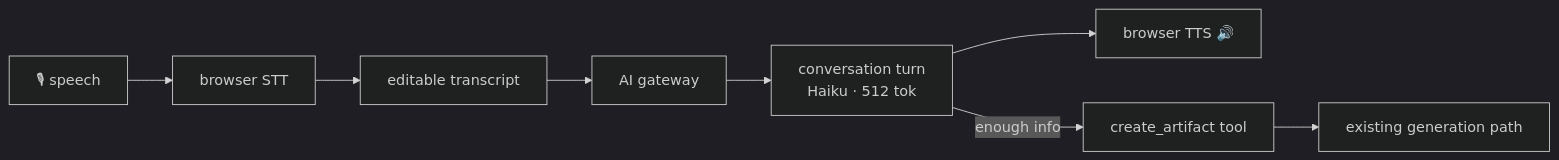
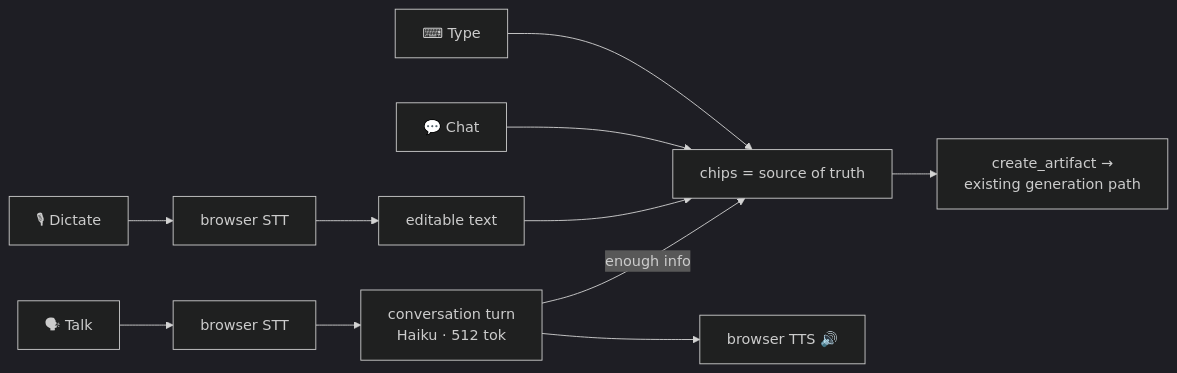
Before and after one commit to issamjq/TeachingAssistant: the sixth of 8 diagrams in docs/13-architecture.md, drawn with Mermaid (dark theme). The commit also changed other lines of this file and 1 other file, not shown here.

First line of the commit message:
Roadmap: make all four input modes explicit — type, chat, dictate, talk

````diff
--- a/docs/13-architecture.md
+++ b/docs/13-architecture.md
@@ -256,10 +263,12 @@
 ```mermaid
 graph LR
-    MIC[🎙 speech] --> STT[browser STT]
-    STT --> TXT[editable transcript]
-    TXT --> GW[AI gateway]
-    GW --> CONV[conversation turn<br/>Haiku · 512 tok]
+    T[⌨ Type] --> PARAMS
+    C[💬 Chat] --> PARAMS
+    D[🎙 Dictate] --> STT[browser STT]
+    STT --> TXTBOX[editable text] --> PARAMS
+    V[🗣 Talk] --> STT2[browser STT]
+    STT2 --> CONV[conversation turn<br/>Haiku · 512 tok]
     CONV --> TTS[browser TTS 🔊]
-    CONV -->|enough info| TOOL[create_artifact tool]
-    TOOL --> GEN[existing generation path]
+    CONV -->|enough info| PARAMS
+    PARAMS[chips = source of truth] --> GEN[create_artifact →<br/>existing generation path]
 ```
````
